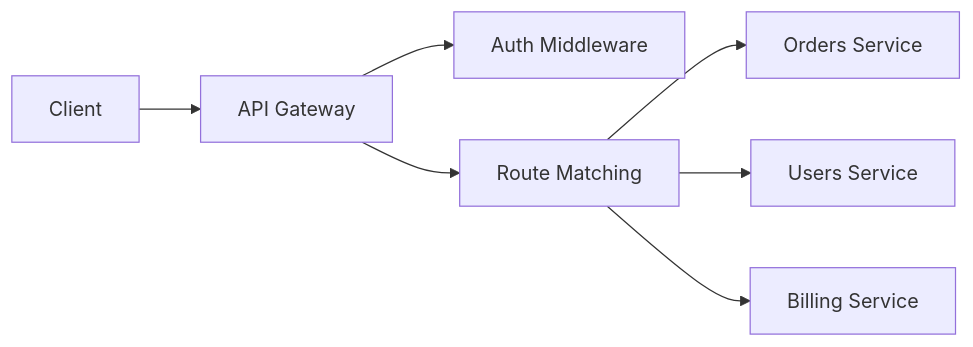
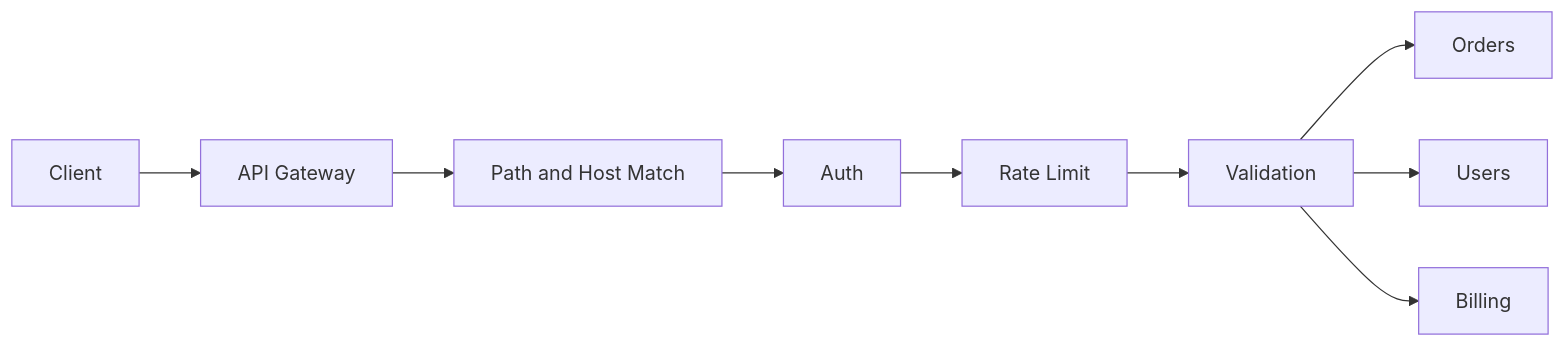
One commit to vsharma2430/LearnDesign changed the sixth of 9 diagrams in hld/05-hld-api-design/lessons.md. Above: the diagram before and after it, drawn with Mermaid. The commit also changed other lines of this file, not shown here.

````diff
--- a/hld/05-hld-api-design/lessons.md
+++ b/hld/05-hld-api-design/lessons.md
@@ -500,9 +476,11 @@
 ```mermaid
 flowchart LR
-    Client --> Gateway[API Gateway]
-    Gateway --> Auth[Auth Middleware]
-    Gateway --> Router[Route Matching]
-    Router --> Orders[Orders Service]
-    Router --> Users[Users Service]
-    Router --> Billing[Billing Service]
+    C[Client] --> GW[API Gateway]
+    GW --> P[Path and Host Match]
+    P --> AUTH[Auth]
+    AUTH --> RL[Rate Limit]
+    RL --> V[Validation]
+    V --> O[Orders]
+    V --> U[Users]
+    V --> B[Billing]
 ```
````
